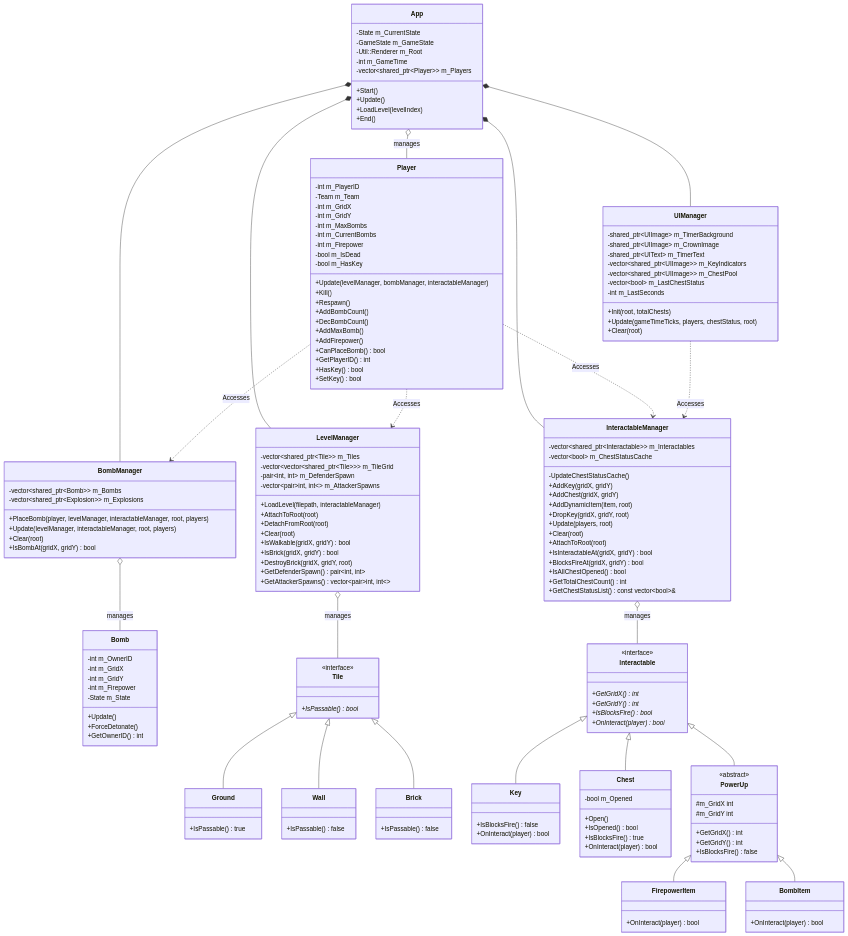
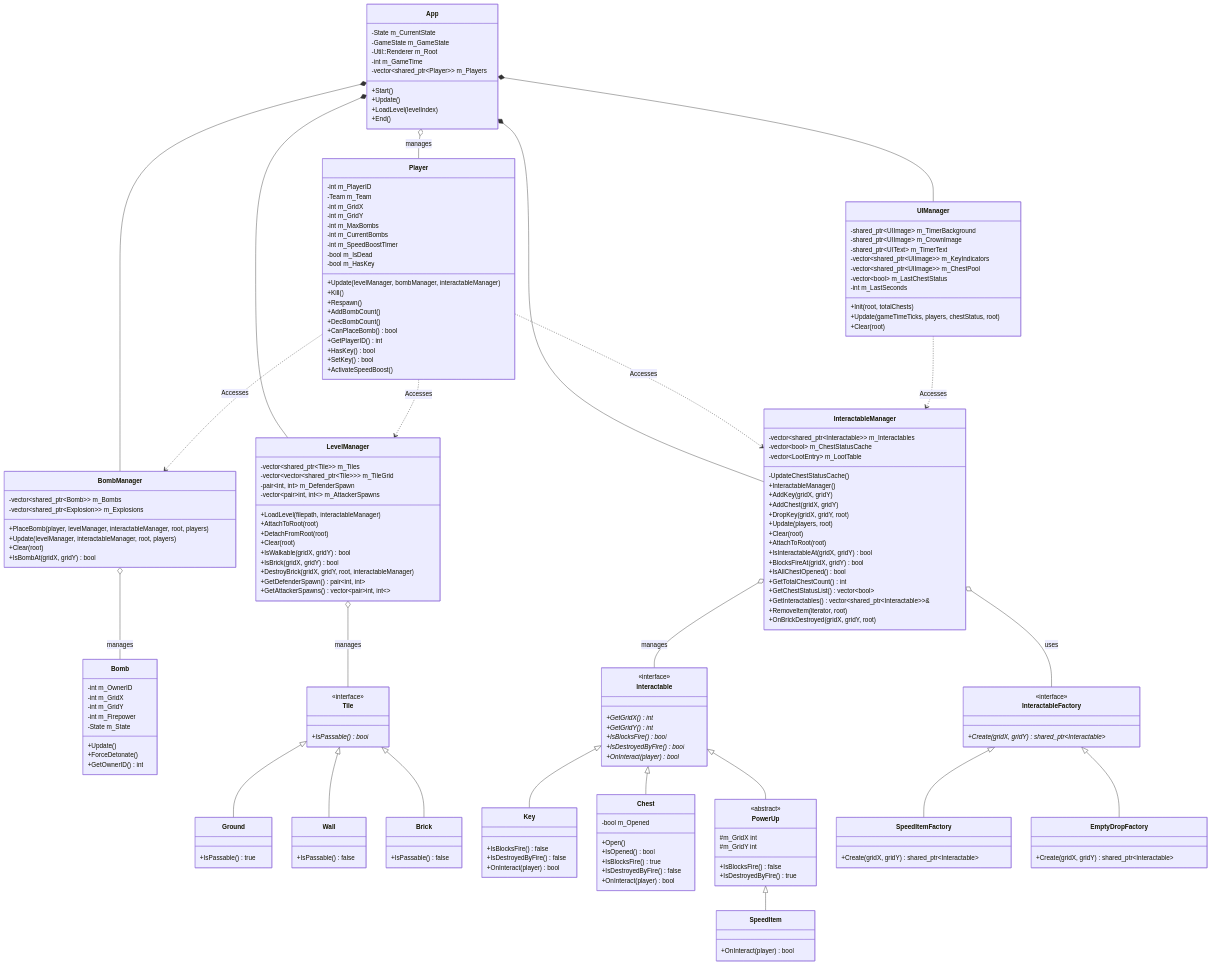
Before and after one commit to chingyen06/OOPL-Super-Bomberman: the second of 2 diagrams in Proposal.md, drawn with Mermaid. The commit also changed other lines of this file and 10 other files, not shown here.

````diff
--- a/Proposal.md
+++ b/Proposal.md
@@ -174,6 +181,24 @@
 classDiagram
     direction TB
 
+    %% --- 系統聚合與依賴關係 ---
+    App *-- LevelManager
+    App *-- BombManager
+    App *-- InteractableManager
+    App *-- UIManager
+    App o-- Player : manages
+
+    Player ..> BombManager : Accesses
+    Player ..> LevelManager : Accesses
+    Player ..> InteractableManager : Accesses
+
+    UIManager ..> InteractableManager : Accesses
+    
+    BombManager o-- Bomb : manages
+    LevelManager o-- Tile : manages
+    InteractableManager o-- Interactable : manages
+
+    %% --- 管理層 (Managers) ---
     class App {
         -State m_CurrentState
         -GameState m_GameState
@@ -197,7 +222,7 @@
         +Clear(root)
         +IsWalkable(gridX, gridY) bool
         +IsBrick(gridX, gridY) bool
-        +DestroyBrick(gridX, gridY, root)
+        +DestroyBrick(gridX, gridY, root, interactableManager)
         +GetDefenderSpawn() pair~int, int~
         +GetAttackerSpawns() vector~pair~int, int~~
     }
@@ -214,10 +239,11 @@
     class InteractableManager {
         -vector~shared_ptr~Interactable~~ m_Interactables
         -vector~bool~ m_ChestStatusCache
+        -vector~LootEntry~ m_LootTable
         -UpdateChestStatusCache()
+        +InteractableManager()
         +AddKey(gridX, gridY)
         +AddChest(gridX, gridY)
-        +AddDynamicItem(item, root)
         +DropKey(gridX, gridY, root)
         +Update(players, root)
         +Clear(root)
@@ -226,7 +252,10 @@
         +BlocksFireAt(gridX, gridY) bool
         +IsAllChestOpened() bool
         +GetTotalChestCount() int
-        +GetChestStatusList() const vector~bool~&
+        +GetChestStatusList() vector~bool~
+        +GetInteractables() vector~shared_ptr~Interactable~~&
+        +RemoveItem(iterator, root)
+        +OnBrickDestroyed(gridX, gridY, root)
     }
 
     class UIManager {
@@ -242,6 +271,7 @@
         +Clear(root)
     }
 
+    %% --- 實體層 (Entities) ---
     class Player {
         -int m_PlayerID
         -Team m_Team
@@ -249,7 +279,7 @@
         -int m_GridY
         -int m_MaxBombs
         -int m_CurrentBombs
-        -int m_Firepower
+        -int m_SpeedBoostTimer
         -bool m_IsDead
         -bool m_HasKey
         +Update(levelManager, bombManager, interactableManager)
@@ -257,12 +287,11 @@
         +Respawn()
         +AddBombCount()
         +DecBombCount()
-        +AddMaxBomb()
-        +AddFirepower()
         +CanPlaceBomb() bool
         +GetPlayerID() int
         +HasKey() bool
         +SetKey() bool
+        +ActivateSpeedBoost()
     }
 
     class Bomb {
@@ -276,19 +305,14 @@
         +GetOwnerID() int
     }
 
+    %% --- 多型繼承樹與工廠模式 ---
     class Tile {
         <<interface>>
         +IsPassable()* bool
     }
-    class Ground {
-        +IsPassable() true
-    }
-    class Wall {
-        +IsPassable() false
-    }
-    class Brick {
-        +IsPassable() false
-    }
+    class Ground { +IsPassable() true }
+    class Wall { +IsPassable() false }
+    class Brick { +IsPassable() false }
     Tile <|-- Ground
     Tile <|-- Wall
     Tile <|-- Brick
@@ -298,10 +322,12 @@
         +GetGridX()* int
         +GetGridY()* int
         +IsBlocksFire()* bool
+        +IsDestroyedByFire()* bool
         +OnInteract(player)* bool
     }
     class Key {
         +IsBlocksFire() false
+        +IsDestroyedByFire() false
         +OnInteract(player) bool
     }
     class Chest {
@@ -309,42 +335,36 @@
         +Open()
         +IsOpened() bool
         +IsBlocksFire() true
+        +IsDestroyedByFire() false
         +OnInteract(player) bool
     }
     class PowerUp {
         <<abstract>>
         #m_GridX int
         #m_GridY int
-        +GetGridX() int
-        +GetGridY() int
         +IsBlocksFire() false
+        +IsDestroyedByFire() true
     }
-    class FirepowerItem {
+    class SpeedItem {
         +OnInteract(player) bool
     }
-    class BombItem {
-        +OnInteract(player) bool
-    }
-
     Interactable <|-- Key
     Interactable <|-- Chest
     Interactable <|-- PowerUp
-    PowerUp <|-- FirepowerItem
-    PowerUp <|-- BombItem
+    PowerUp <|-- SpeedItem
 
-    App *-- LevelManager
-    App *-- BombManager
-    App *-- InteractableManager
-    App *-- UIManager
-    App o-- Player : manages
-
-    Player ..> BombManager : Accesses
-    Player ..> LevelManager : Accesses
-    Player ..> InteractableManager : Accesses
-
-    UIManager ..> InteractableManager : Accesses
+    class InteractableFactory {
+        <<interface>>
+        +Create(gridX, gridY)* shared_ptr~Interactable~
+    }
+    class SpeedItemFactory {
+        +Create(gridX, gridY) shared_ptr~Interactable~
+    }
+    class EmptyDropFactory {
+        +Create(gridX, gridY) shared_ptr~Interactable~
+    }
+    InteractableFactory <|-- SpeedItemFactory
+    InteractableFactory <|-- EmptyDropFactory
     
-    BombManager o-- Bomb : manages
-    LevelManager o-- Tile : manages
-    InteractableManager o-- Interactable : manages
+    InteractableManager o-- InteractableFactory : uses
 ```
````
